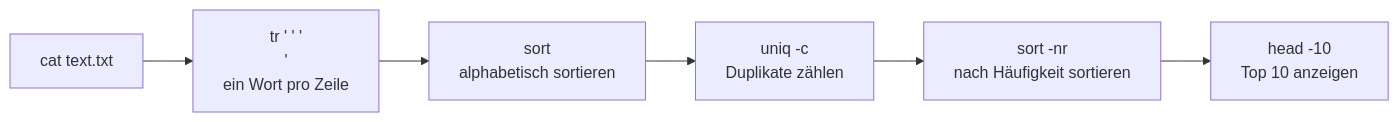
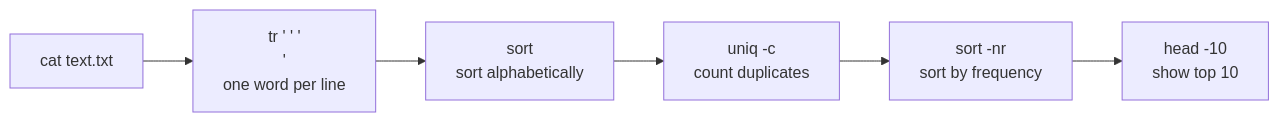
One commit to vvmanusvv-sudo/linux-cheatsheet changed the second of 2 diagrams in README.md. Above: the diagram before and after it, drawn with Mermaid. The commit also changed other lines of this file, not shown here.

````diff
--- a/README.md
+++ b/README.md
@@ -653,8 +653,8 @@
 ```mermaid
 flowchart LR
-    A["cat text.txt"] --> B["tr ' ' '\n'<br/>ein Wort pro Zeile"]
-    B --> C["sort<br/>alphabetisch sortieren"]
-    C --> D["uniq -c<br/>Duplikate zählen"]
-    D --> E["sort -nr<br/>nach Häufigkeit sortieren"]
-    E --> F["head -10<br/>Top 10 anzeigen"]
+    A["cat text.txt"] --> B["tr ' ' '\n'<br/>one word per line"]
+    B --> C["sort<br/>sort alphabetically"]
+    C --> D["uniq -c<br/>count duplicates"]
+    D --> E["sort -nr<br/>sort by frequency"]
+    E --> F["head -10<br/>show top 10"]
 ```
````
